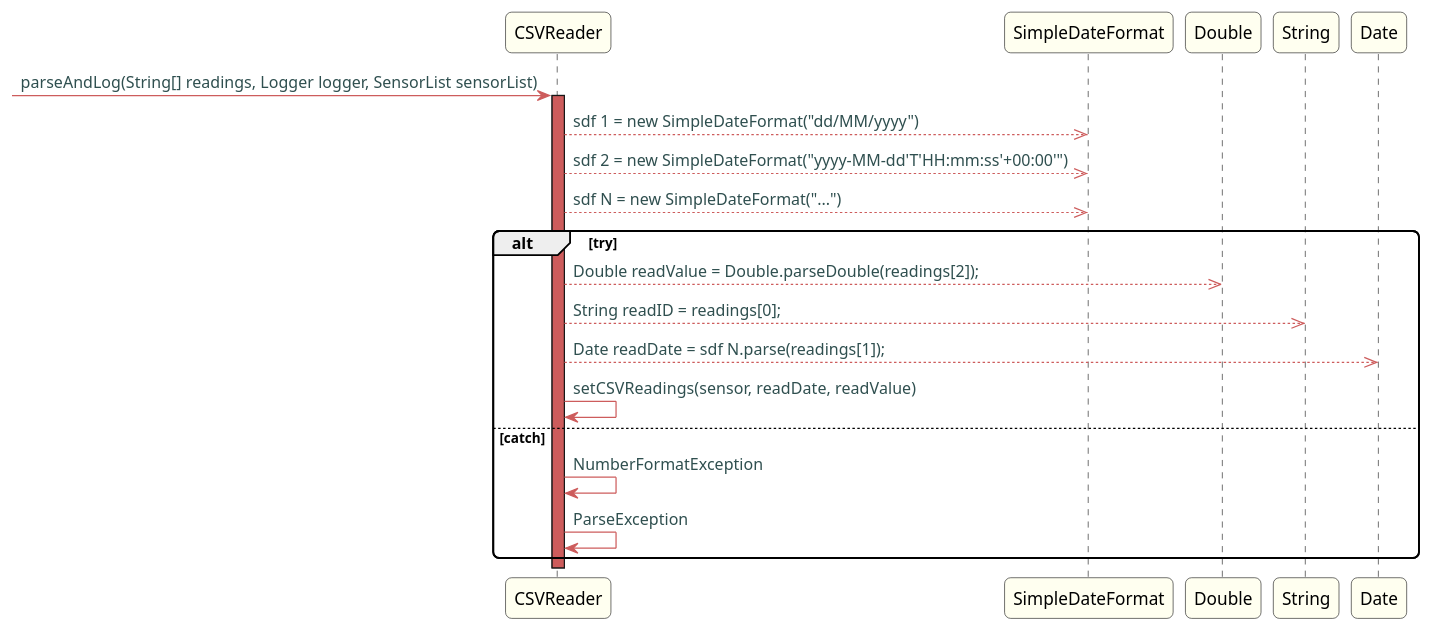
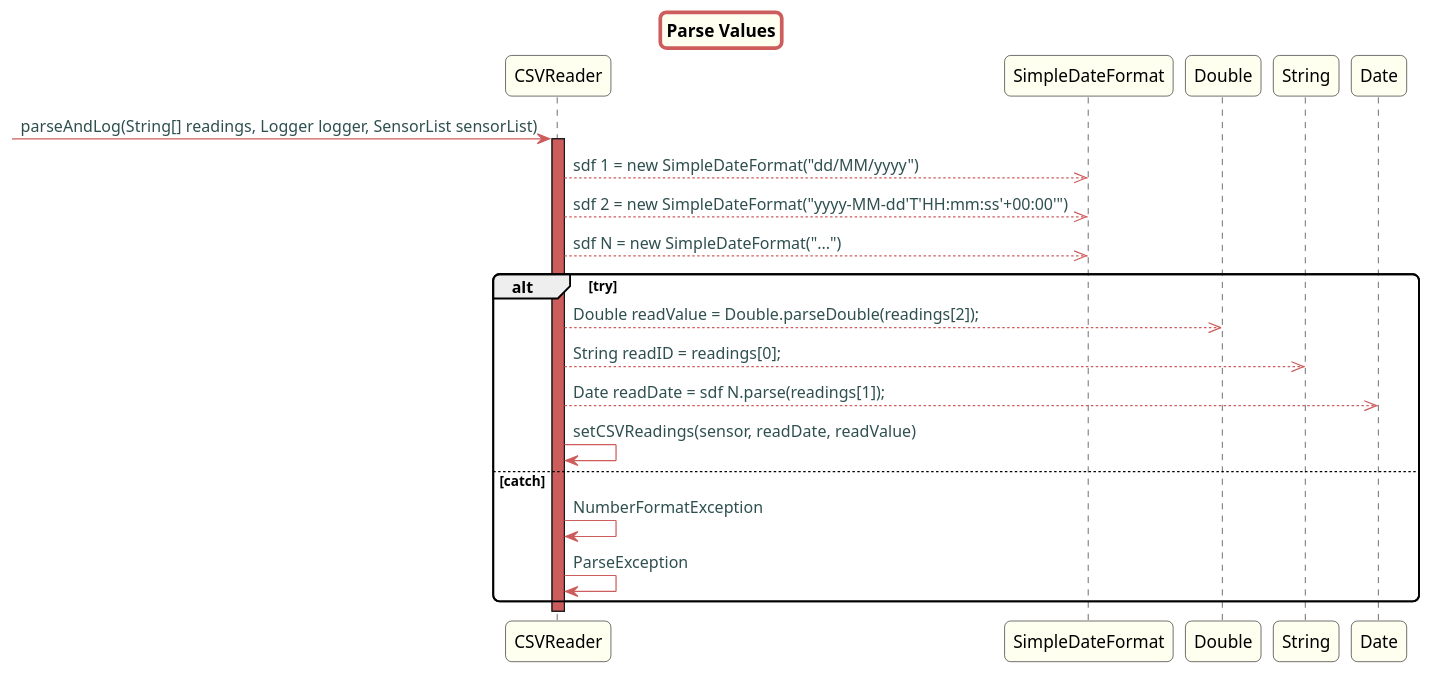
One commit to Almadanmp/project changed the diagram in src/doc/Controllers/HouseConfiguration/US20/US20ParseValues.puml. Above: the diagram before and after it, drawn with PlantUML. The commit also changed 12 other files, not shown here.

First line of the commit message:
ref #169 UML format update + readinglist and sensor tests added

```diff
--- a/src/doc/Controllers/HouseConfiguration/US20/US20ParseValues.puml
+++ b/src/doc/Controllers/HouseConfiguration/US20/US20ParseValues.puml
@@ -1,51 +1,53 @@
 @startuml
+
+title Parse Values
 
 skinparam titleBorderRoundCorner 10
 skinparam titleBorderThickness 3
 skinparam titleBorderColor indianred
 skinparam titleBackgroundColor ivory
 skinparam FontName quicksand
 
 skinparam actor {
  	BorderColor indianred
  	}
 
  skinparam sequence {
  	LifeLineBackgroundColor indianred
  	ParticipantBackgroundColor ivory
  }
 
  skinparam roundcorner 10
 
  skinparam component {
    arrowThickness 1
    ArrowFontName Verdana
    ArrowColor indianred
    ArrowFontColor darkslategrey
  }
 
 
 
 -> CSVReader: parseAndLog(String[] readings, Logger logger, SensorList sensorList)
 activate CSVReader
 
 CSVReader -->> SimpleDateFormat: sdf 1 = new SimpleDateFormat("dd/MM/yyyy")
 CSVReader -->> SimpleDateFormat: sdf 2 = new SimpleDateFormat("yyyy-MM-dd'T'HH:mm:ss'+00:00'")
 CSVReader -->> SimpleDateFormat: sdf N = new SimpleDateFormat("...")
 
 alt try
 
 CSVReader -->> Double: Double readValue = Double.parseDouble(readings[2]);
 CSVReader -->> String:String readID = readings[0];
 CSVReader -->> Date:Date readDate = sdf N.parse(readings[1]);
 CSVReader -> CSVReader: setCSVReadings(sensor, readDate, readValue)
 
 else catch
 CSVReader -> CSVReader: NumberFormatException
 CSVReader -> CSVReader: ParseException
 
 end
 
 
 
 @enduml
```
